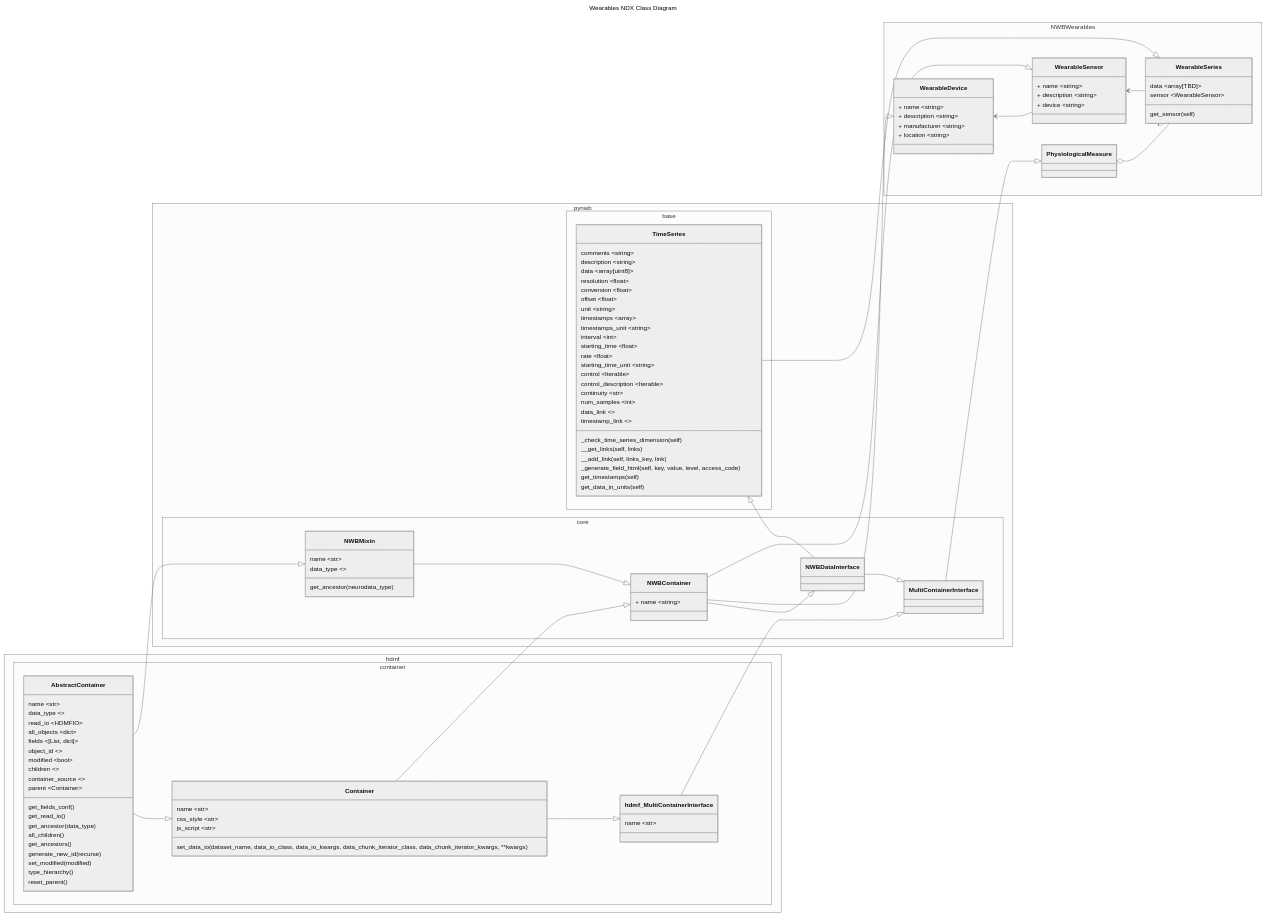
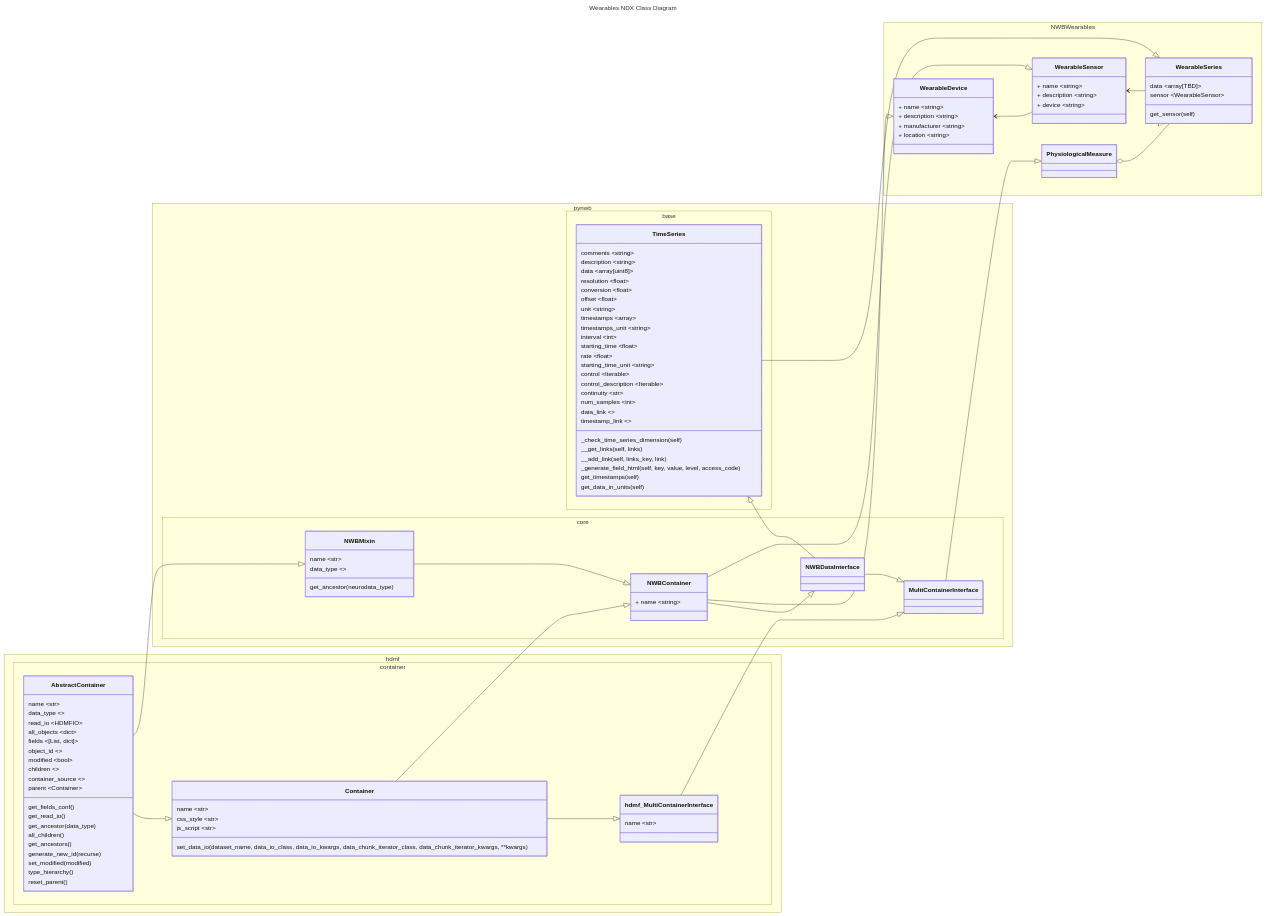
Before and after one commit to aplbrain/BBQS-EMBER-Data-Model: the diagram in doc/design/wearables_ndx.mmd, drawn with Mermaid.

Commit message:
force white background so all elements are visible

```diff
--- a/doc/design/wearables_ndx.mmd
+++ b/doc/design/wearables_ndx.mmd
@@ -1,145 +1,152 @@
 ---
 title: Wearables NDX Class Diagram
 ---
-%%{init: {'theme':'neutral'}}%%
+%%{init: {
+    'theme':'base',
+    'themeVariables': {
+        'background':#ffffff
+    }
+
+    }
+}%%
     classDiagram
         direction RL
 
 
         NWBDataInterface --|> TimeSeries
         NWBDataInterface <|-- NWBContainer
         WearableDevice <|-- NWBContainer
         WearableSensor <|-- NWBContainer
         WearableSeries <|-- TimeSeries
         PhysiologicalMeasure <|-- MultiContainerInterface
         MultiContainerInterface <|-- NWBDataInterface
         MultiContainerInterface <|-- hdmf_MultiContainerInterface
         hdmf_MultiContainerInterface <|-- Container
         Container <|-- AbstractContainer
         NWBContainer <|-- Container
         NWBContainer <|-- NWBMixin 
         NWBMixin <|-- AbstractContainer
 
         WearableSensor --> WearableDevice 
         WearableSeries --> WearableSensor
         WearableSeries "1..*" --o PhysiologicalMeasure
     
         namespace pynwb.base {
             class TimeSeries {
                 comments ~string~
                 description ~string~
                 data ~array[uint8]~
                 resolution ~float~
                 conversion ~float~
                 offset ~float~
                 unit ~string~
                 timestamps ~array~
                 timestamps_unit ~string~
                 interval ~int~
                 starting_time ~float~
                 rate ~float~
                 starting_time_unit ~string~
                 control ~Iterable~
                 control_description ~Iterable~
                 continuity ~str~
                 num_samples ~int~
                 data_link ~~
                 timestamp_link ~~
 
 
                 _check_time_series_dimension(self)
                 __get_links(self, links)
                 __add_link(self, links_key, link)
                 _generate_field_html(self, key, value, level, access_code)
                 get_timestamps(self)
                 get_data_in_units(self)
 
 
 
             }
         }
 
         namespace pynwb.core {
             class NWBDataInterface {
             }
 
             class MultiContainerInterface {
             }
 
             class NWBContainer {
                 + name ~string~
             }
 
             class NWBMixin {
                 name ~str~
                 data_type ~~
 
                 get_ancestor(neurodata_type)
             }
         }
         
         namespace hdmf.container {
             class hdmf_MultiContainerInterface {
                 name ~str~
             }
 
             class Container {
                 name ~str~
                 css_style ~str~
                 js_script ~str~
 
                 set_data_io(dataset_name, data_io_class, data_io_kwargs, data_chunk_iterator_class, data_chunk_iterator_kwargs, **kwargs)
 
             }
             
             class AbstractContainer {
                 name ~str~
                 data_type ~~
                 read_io ~HDMFIO~
                 all_objects ~dict~
                 fields ~[List, dict]~
                 object_id ~~
                 modified ~bool~
                 children ~~
                 container_source ~~
                 parent ~Container~
 
                 get_fields_conf()
                 get_read_io()
                 get_ancestor(data_type)
                 all_children()
                 get_ancestors()
                 generate_new_id(recurse)
                 set_modified(modified)
                 type_hierarchy()
                 reset_parent()
             }
 
         }
 
         namespace NWBWearables {
             class WearableDevice {
                 + name ~string~
                 + description ~string~
                 + manufacturer ~string~
                 + location ~string~
             }
 
             class WearableSensor {
                 + name ~string~
                 + description ~string~
                 + device ~string~
             }
 
             class WearableSeries {
                 data ~array[TBD]~
                 sensor ~WearableSensor~
 
                 get_sensor(self)
             }
 
             class PhysiologicalMeasure{
 
             }
 
         }
```
